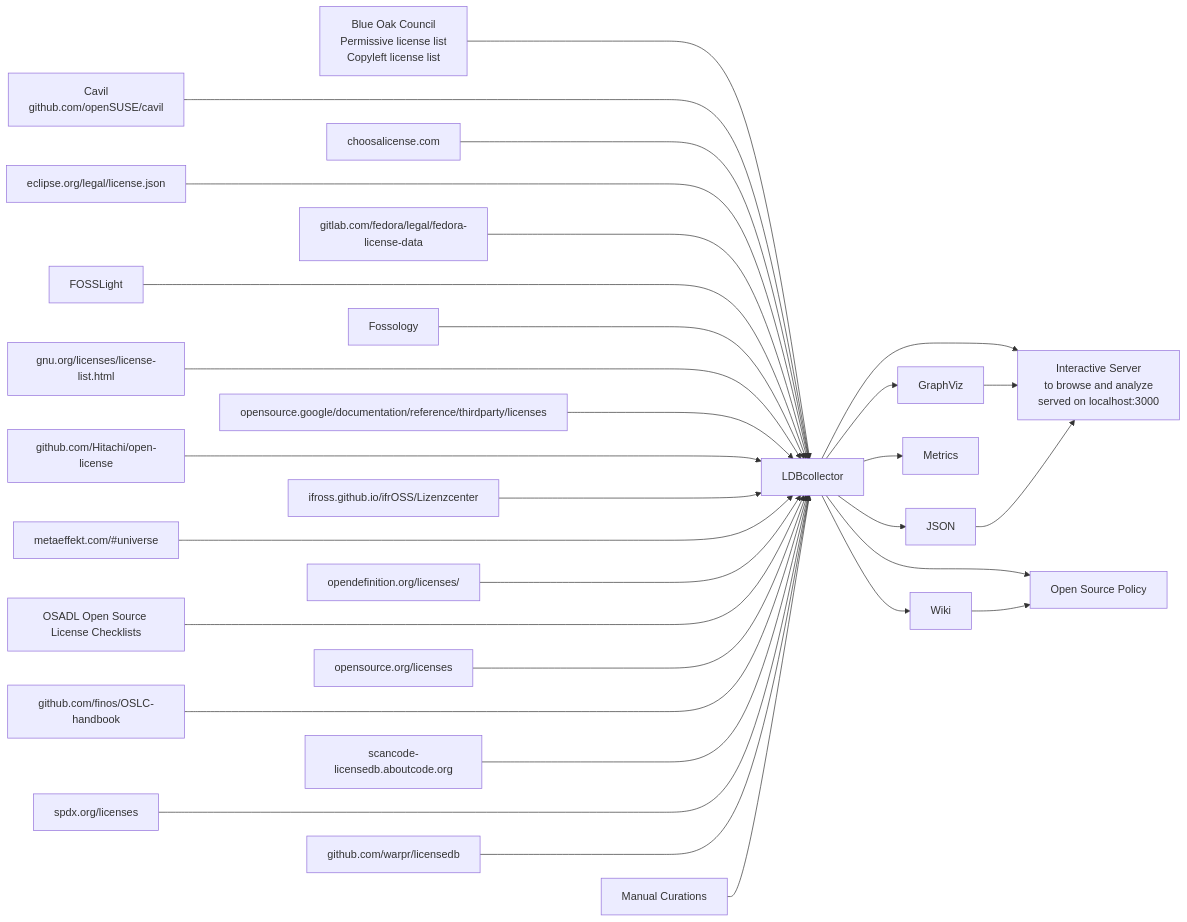
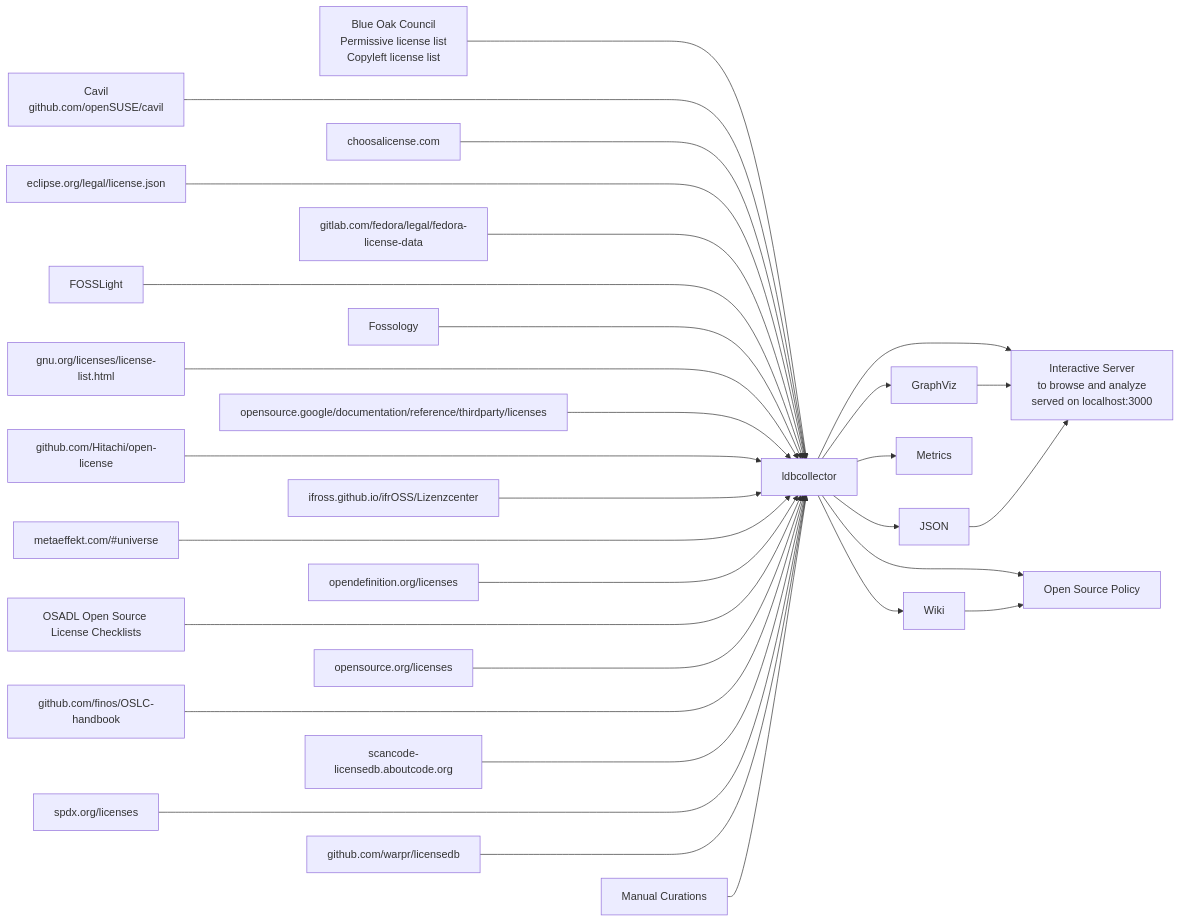
The diagram in README.md (maxhbr/LDBcollector), drawn with Mermaid before and after one commit.

````diff
--- a/README.md
+++ b/README.md
@@ -13,34 +13,34 @@
 ```mermaid
 graph LR;
-    BlueOak["Blue Oak Council\nPermissive license list\nCopyleft license list"]--->LDBcollector;
-    Cavil[Cavil\ngithub.com/openSUSE/cavil]---->LDBcollector;
-    ChooseALicense[choosalicense.com]--->LDBcollector;
-    EclipseOrgLegal[eclipse.org/legal/license.json]---->LDBcollector;
-    Fedora[gitlab.com/fedora/legal/fedora-license-data]--->LDBcollector;
+    BlueOak["Blue Oak Council\nPermissive license list\nCopyleft license list"]--->LDBcollector["ldbcollector"];
+    Cavil["Cavil\ngithub.com/openSUSE/cavil"]---->LDBcollector;
+    ChooseALicense["choosalicense.com"]--->LDBcollector;
+    EclipseOrgLegal["eclipse.org/legal/license.json"]---->LDBcollector;
+    Fedora["gitlab.com/fedora/legal/fedora-license-data"]--->LDBcollector;
     FOSSLight---->LDBcollector;
     Fossology--->LDBcollector;
-    FSF[gnu.org/licenses/license-list.html]---->LDBcollector;
-    GoogleLicensePolicy[opensource.google/documentation/reference/thirdparty/licenses]--->LDBcollector;
-    HitachiOpenLicense[github.com/Hitachi/open-license]---->LDBcollector;
-    Ifross[ifross.github.io/ifrOSS/Lizenzcenter]--->LDBcollector;
-    Metaeffekt[metaeffekt.com/#universe]---->LDBcollector;
-    OKFN[opendefinition.org/licenses/]--->LDBcollector;
-    OSADL[OSADL Open Source License Checklists]---->LDBcollector;
-    OSI[opensource.org/licenses]--->LDBcollector;
-    OSLC[github.com/finos/OSLC-handbook]---->LDBcollector;
-    Scancode[scancode-licensedb.aboutcode.org]--->LDBcollector;
-    SPDX[spdx.org/licenses]---->LDBcollector;
-    Warpr[github.com/warpr/licensedb]--->LDBcollector;
+    FSF["gnu.org/licenses/license-list.html"]---->LDBcollector;
+    GoogleLicensePolicy["opensource.google/documentation/reference/thirdparty/licenses"]--->LDBcollector;
+    HitachiOpenLicense["github.com/Hitachi/open-license"]---->LDBcollector;
+    Ifross["ifross.github.io/ifrOSS/Lizenzcenter"]--->LDBcollector;
+    Metaeffekt["metaeffekt.com/#universe"]---->LDBcollector;
+    OKFN["opendefinition.org/licenses"]--->LDBcollector;
+    OSADL["OSADL Open Source License Checklists"]---->LDBcollector;
+    OSI["opensource.org/licenses"]--->LDBcollector;
+    OSLC["github.com/finos/OSLC-handbook"]---->LDBcollector;
+    Scancode["scancode-licensedb.aboutcode.org"]--->LDBcollector;
+    SPDX["spdx.org/licenses"]---->LDBcollector;
+    Warpr["github.com/warpr/licensedb"]--->LDBcollector;
 
     Curation["Manual Curations"]-->LDBcollector;
 
     LDBcollector-->GraphViz;
     LDBcollector-->JSON;
     LDBcollector-->Metrics;
-    LDBcollector--->Server[Interactive Server\nto browse and analyze\nserved on localhost:3000];
+    LDBcollector--->Server["Interactive Server\nto browse and analyze\nserved on localhost:3000"];
     GraphViz --> Server;
     JSON --> Server;
     LDBcollector--> Wiki;
-    LDBcollector--->Policy[Open Source Policy];
+    LDBcollector--->Policy["Open Source Policy"];
     Wiki-->Policy;
 ```
````
